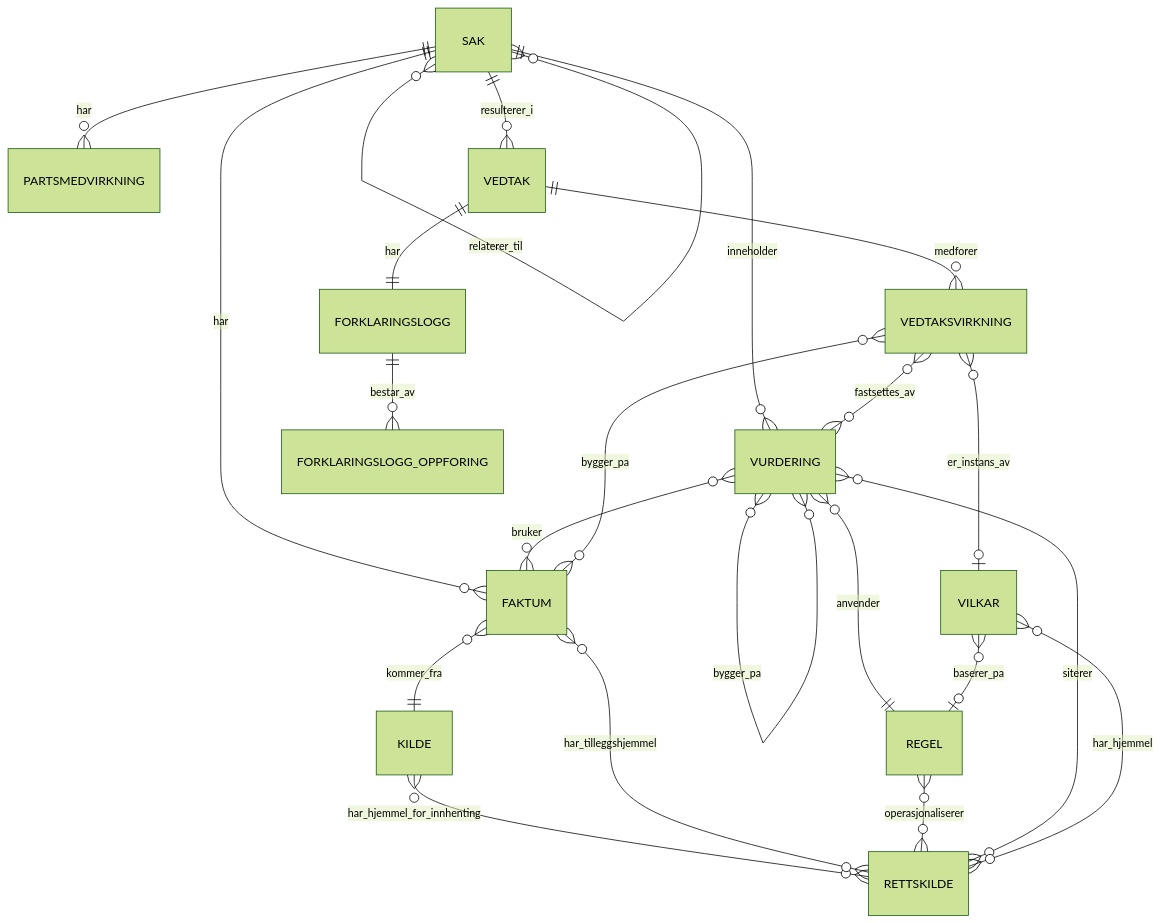
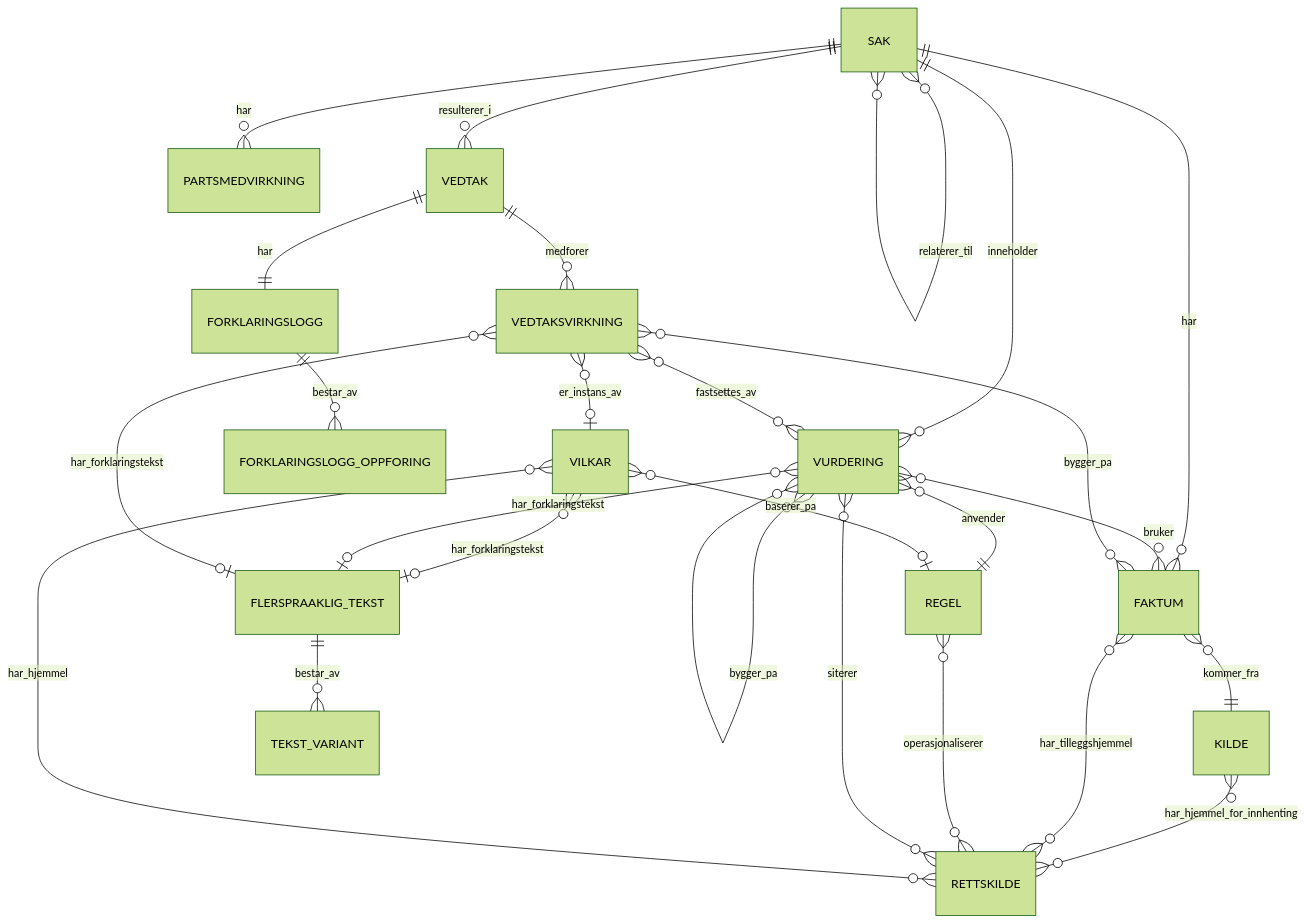
The diagram in docs/api-spesifikasjon-forklaringsmodell.md (FinnurO/forklaringsmodell-api), drawn with Mermaid (forest theme) before and after one commit. The commit also changed other lines of this file and 33 other files, not shown here.

````diff
--- a/docs/api-spesifikasjon-forklaringsmodell.md
+++ b/docs/api-spesifikasjon-forklaringsmodell.md
@@ -11,24 +11,28 @@
 ```mermaid
 erDiagram
   SAK ||--o{ FAKTUM : har
   SAK ||--o{ PARTSMEDVIRKNING : har
   SAK ||--o{ VURDERING : inneholder
   SAK ||--o{ VEDTAK : resulterer_i
   FAKTUM }o--|| KILDE : kommer_fra
   KILDE }o--o{ RETTSKILDE : har_hjemmel_for_innhenting
   FAKTUM }o--o{ RETTSKILDE : har_tilleggshjemmel
   VURDERING }o--o{ FAKTUM : bruker
   VURDERING }o--|| REGEL : anvender
   REGEL }o--o{ RETTSKILDE : operasjonaliserer
   VURDERING }o--o{ RETTSKILDE : siterer
   VEDTAK ||--|| FORKLARINGSLOGG : har
   FORKLARINGSLOGG ||--o{ FORKLARINGSLOGG_OPPFORING : bestar_av
   VEDTAK ||--o{ VEDTAKSVIRKNING : medforer
   VEDTAKSVIRKNING }o--o{ VURDERING : fastsettes_av
   VEDTAKSVIRKNING }o--o{ FAKTUM : bygger_pa
   VEDTAKSVIRKNING }o--o| VILKAR : er_instans_av
   VILKAR }o--o{ RETTSKILDE : har_hjemmel
   VILKAR }o--o| REGEL : baserer_pa
   SAK }o--o{ SAK : relaterer_til
   VURDERING }o--o{ VURDERING : bygger_pa
+  VILKAR }o--o| FLERSPRAAKLIG_TEKST : har_forklaringstekst
+  VURDERING }o--o| FLERSPRAAKLIG_TEKST : har_forklaringstekst
+  VEDTAKSVIRKNING }o--o| FLERSPRAAKLIG_TEKST : har_forklaringstekst
+  FLERSPRAAKLIG_TEKST ||--o{ TEKST_VARIANT : bestar_av
 ```
````
